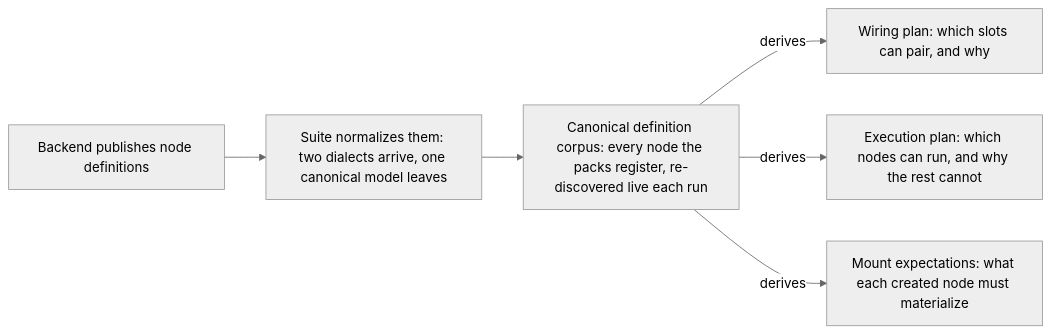
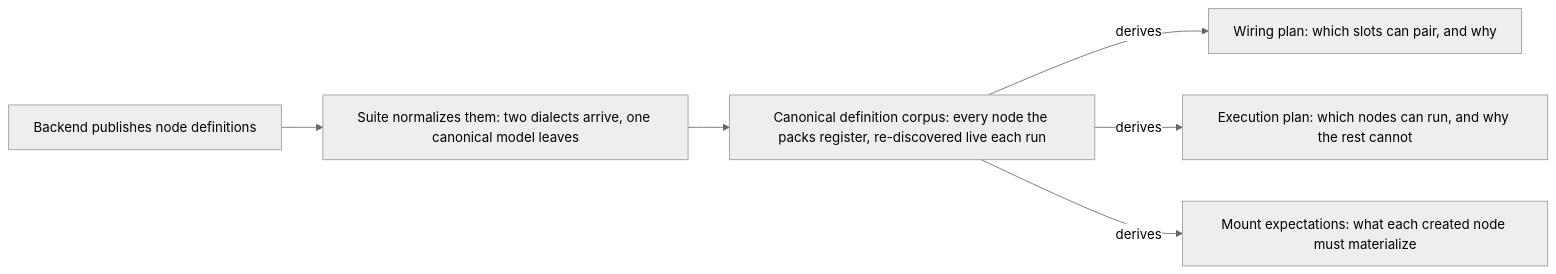
Before and after one commit to Comfy-Org/ComfyUI_frontend: the third of 8 diagrams in browser_tests/tests/customNodes/ARCHITECTURE.md, drawn with Mermaid (neutral theme). The commit also changed other lines of this file, not shown here.

````diff
--- a/browser_tests/tests/customNodes/ARCHITECTURE.md
+++ b/browser_tests/tests/customNodes/ARCHITECTURE.md
@@ -197,8 +197,9 @@
 ```mermaid
+%%{init: {"flowchart": {"wrappingWidth": 380}}}%%
 flowchart LR
     PUB["Backend publishes node definitions"] --> NORM["Suite normalizes them: two dialects arrive, one canonical model leaves"]
     NORM --> CORPUS["Canonical definition corpus: every node the packs register, re-discovered live each run"]
     CORPUS -->|"derives"| W["Wiring plan: which slots can pair, and why"]
     CORPUS -->|"derives"| X["Execution plan: which nodes can run, and why the rest cannot"]
     CORPUS -->|"derives"| M["Mount expectations: what each created node must materialize"]
 ```
````
